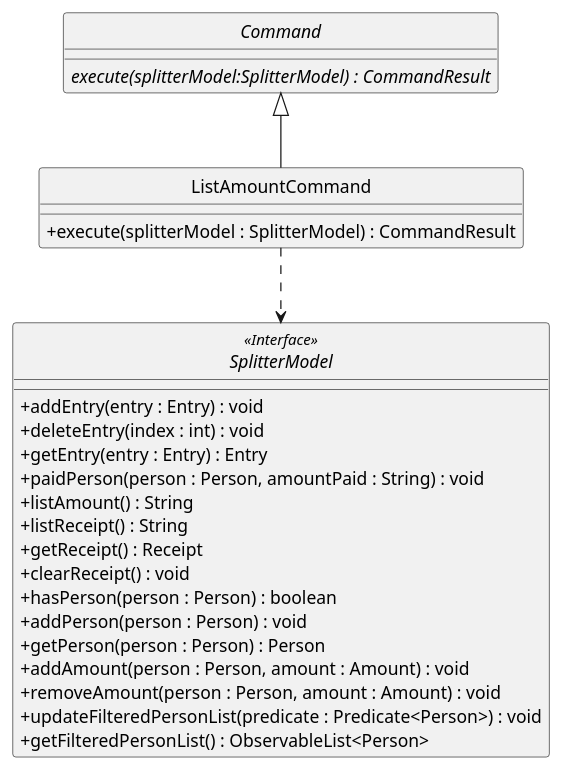
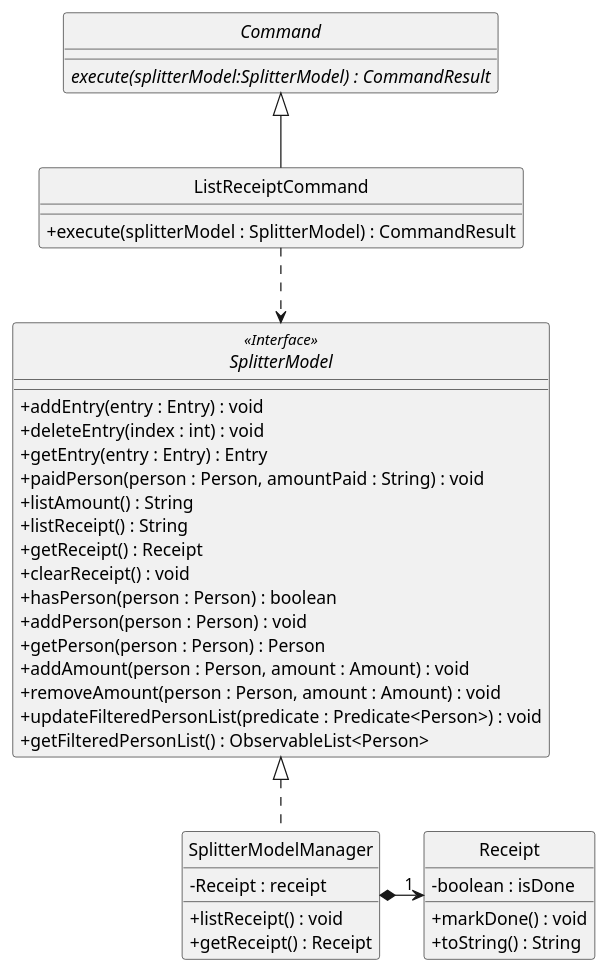
The diagram in docs/diagrams/ExpenseSplitterListReceiptCommandClassDiagram.puml (nus-cs2103-AY1920S2/addressbook-level3), drawn with PlantUML before and after one commit. The commit also changed 3 other files, not shown here.

```diff
--- a/docs/diagrams/ExpenseSplitterListReceiptCommandClassDiagram.puml
+++ b/docs/diagrams/ExpenseSplitterListReceiptCommandClassDiagram.puml
@@ -1,49 +1,65 @@
 @startuml
 /' @author @WillySeahh'/
-/' Got inspiration and adapted
-from https://github.com/AY1920S2-CS2103T-W12-1/main/blob/master/docs/images/DeliveredClassDiagram.png '/
+
 
 skinparam backgroundColor #ffffff
 skinparam classAttributeIconSize 0
 hide circle
 
 
 abstract class Command {
     {abstract} execute(splitterModel:SplitterModel) : CommandResult
 }
 
-class ListAmountCommand extends Command {
+class ListReceiptCommand extends Command {
     /' Fields '/
 
     /' Methods '/
     + execute(splitterModel : SplitterModel) : CommandResult
 
+}
+
+class SplitterModelManager implements SplitterModel {
+    /' Fields '/
+    - Receipt : receipt
+
+    /' Methods '/
+    + listReceipt() : void
+    + getReceipt() : Receipt
 }
 
 interface SplitterModel <<Interface>> {
     + addEntry(entry : Entry) : void
     + deleteEntry(index : int) : void
     + getEntry(entry : Entry) : Entry
     + paidPerson(person : Person, amountPaid : String) : void
     + listAmount() : String
     + listReceipt() : String
     + getReceipt() : Receipt
     + clearReceipt() : void
     + hasPerson(person : Person) : boolean
     + addPerson(person : Person) : void
     + getPerson(person : Person) : Person
     + addAmount(person : Person, amount : Amount) : void
     + removeAmount(person : Person, amount : Amount) : void
     + updateFilteredPersonList(predicate : Predicate<Person>) : void
     + getFilteredPersonList() : ObservableList<Person>
 
 
 }
 
+class Receipt {
+    /' Fields '/
+    - boolean : isDone
+
+    /' Methods '/
+    + markDone() : void
+    + toString() : String
+}
 
 
-
-ListAmountCommand ..> SplitterModel
+ListReceiptCommand ..> SplitterModel
+SplitterModelManager *-right->"1" Receipt
 
 
 @enduml
```
